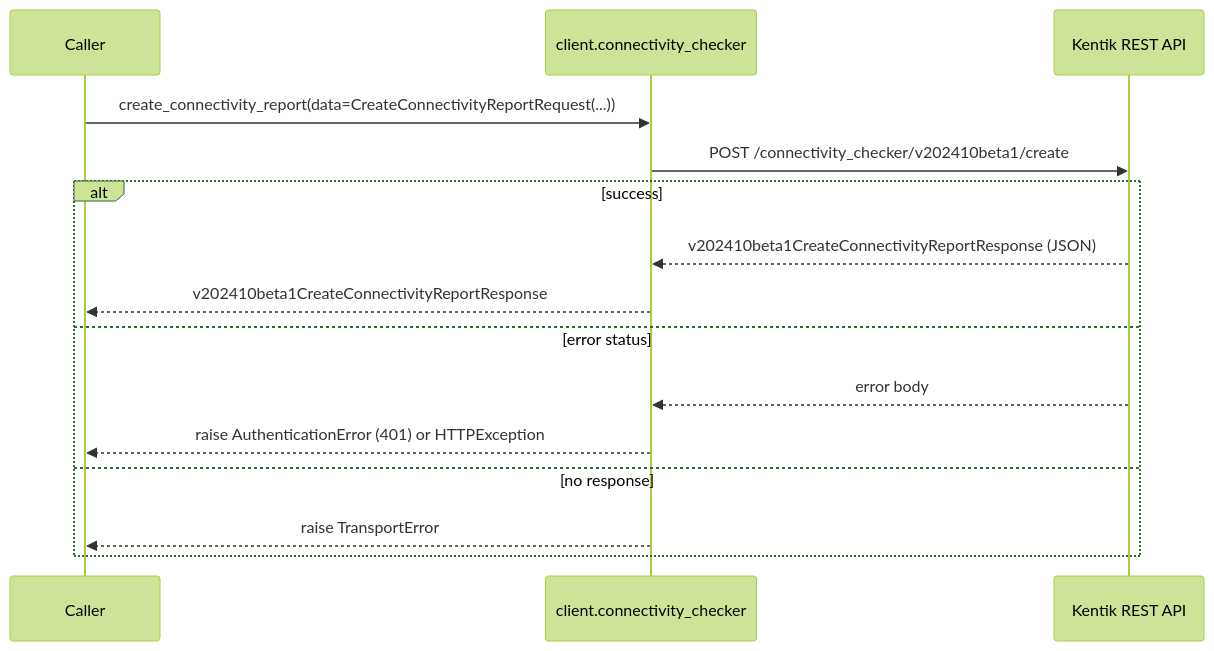
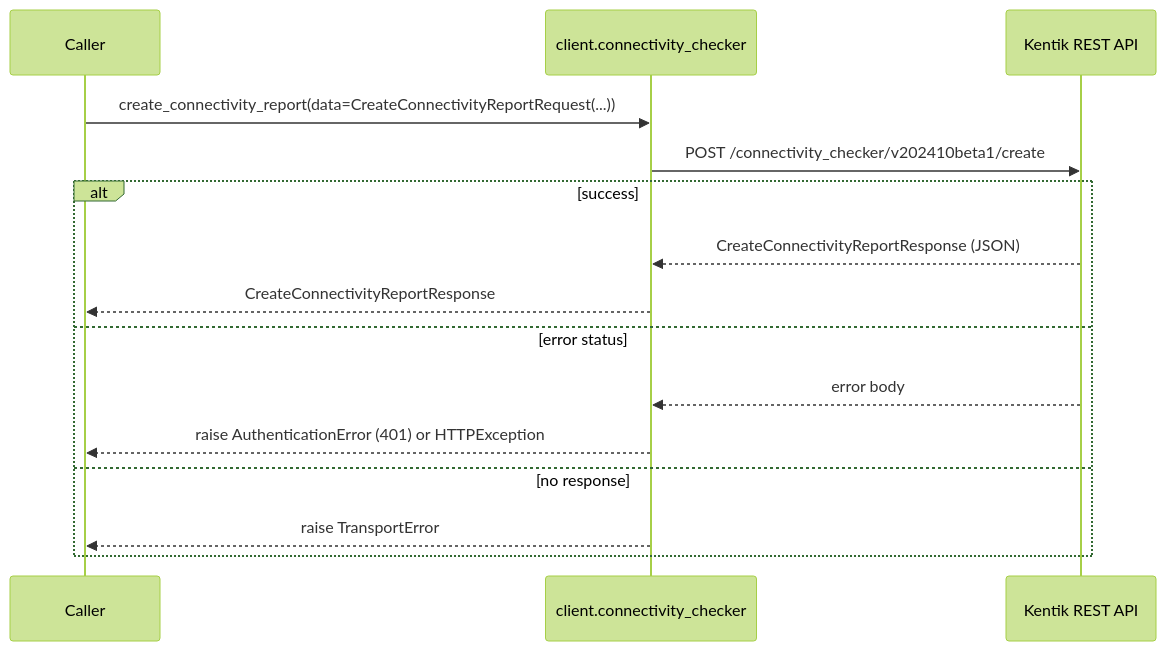
Before and after one commit to alexdearaujo/community_sdk_python: the second of 4 diagrams in docs/sphinx/services/connectivity_checker.md, drawn with Mermaid (forest theme). The commit also changed other lines of this file and 38 other files, not shown here.

````diff
--- a/docs/sphinx/services/connectivity_checker.md
+++ b/docs/sphinx/services/connectivity_checker.md
@@ -38,18 +38,18 @@
 ```mermaid
 sequenceDiagram
     participant C as Caller
     participant W as client.connectivity_checker
     participant API as Kentik REST API
 
     C->>W: create_connectivity_report(data=CreateConnectivityReportRequest(...))
     W->>API: POST /connectivity_checker/v202410beta1/create
     alt success
-        API-->>W: v202410beta1CreateConnectivityReportResponse (JSON)
-        W-->>C: v202410beta1CreateConnectivityReportResponse
+        API-->>W: CreateConnectivityReportResponse (JSON)
+        W-->>C: CreateConnectivityReportResponse
     else error status
         API-->>W: error body
         W-->>C: raise AuthenticationError (401) or HTTPException
     else no response
         W-->>C: raise TransportError
     end
 ```
````
